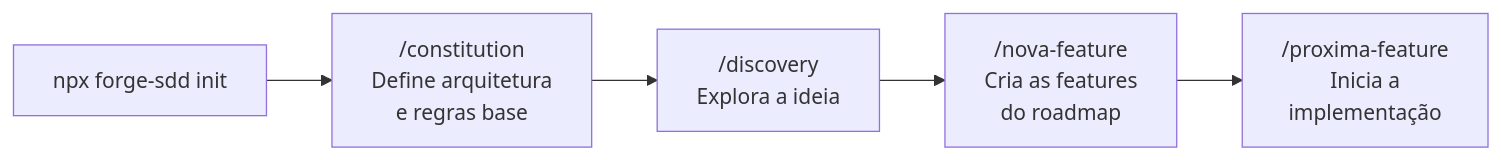
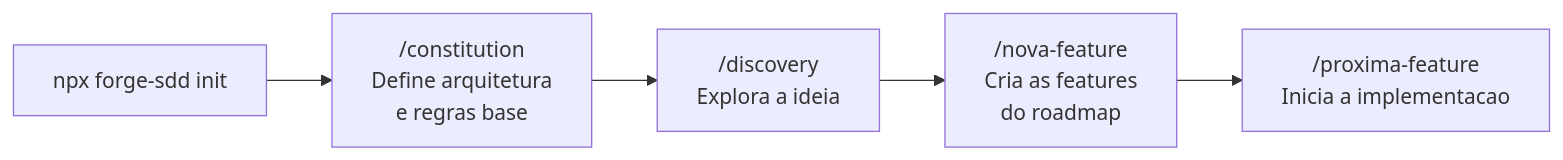
The third of 4 diagrams in npm/README.md (nathanramorim/forge-sdd), drawn with Mermaid before and after one commit. The commit also changed other lines of this file, not shown here.

Commit message:
fix(npm-readme): corrige diagramas Mermaid (br ao inves de \n, remove emojis)

````diff
--- a/npm/README.md
+++ b/npm/README.md
@@ -154,7 +152,7 @@
 ```mermaid
 flowchart LR
-    A["npx forge-sdd init"] --> B["/constitution\nDefine arquitetura\ne regras base"]
-    B --> C["/discovery\nExplora a ideia"]
-    C --> D["/nova-feature\nCria as features\ndo roadmap"]
-    D --> E["/proxima-feature\nInicia a\nimplementação"]
+    A["npx forge-sdd init"] --> B["/constitution<br/>Define arquitetura<br/>e regras base"]
+    B --> C["/discovery<br/>Explora a ideia"]
+    C --> D["/nova-feature<br/>Cria as features<br/>do roadmap"]
+    D --> E["/proxima-feature<br/>Inicia a implementacao"]
 ```
````
